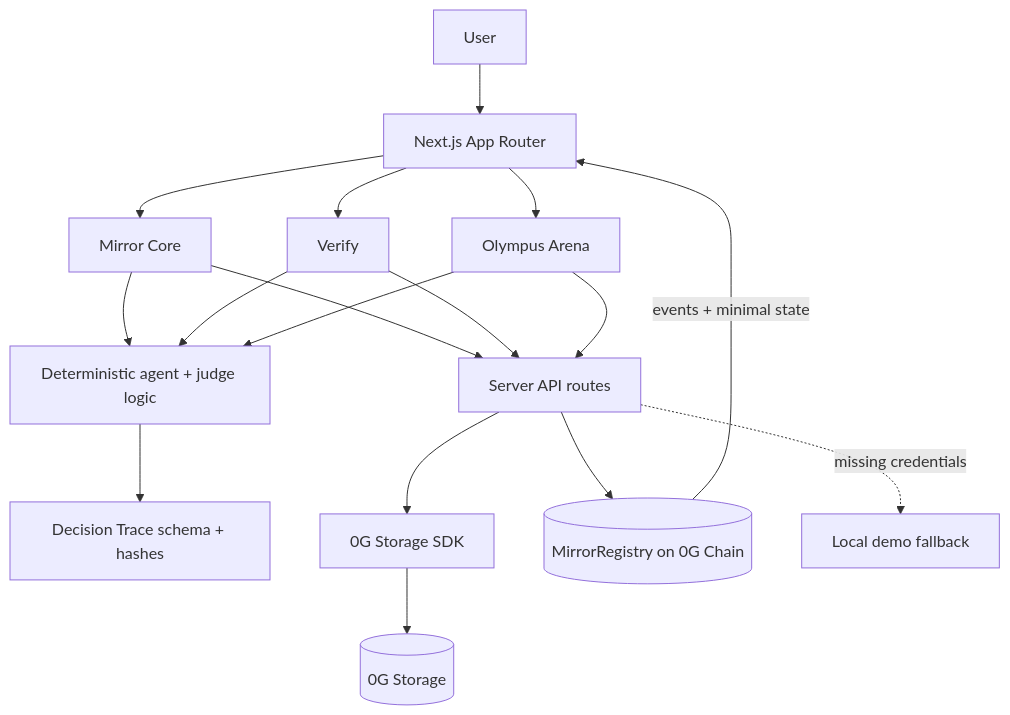
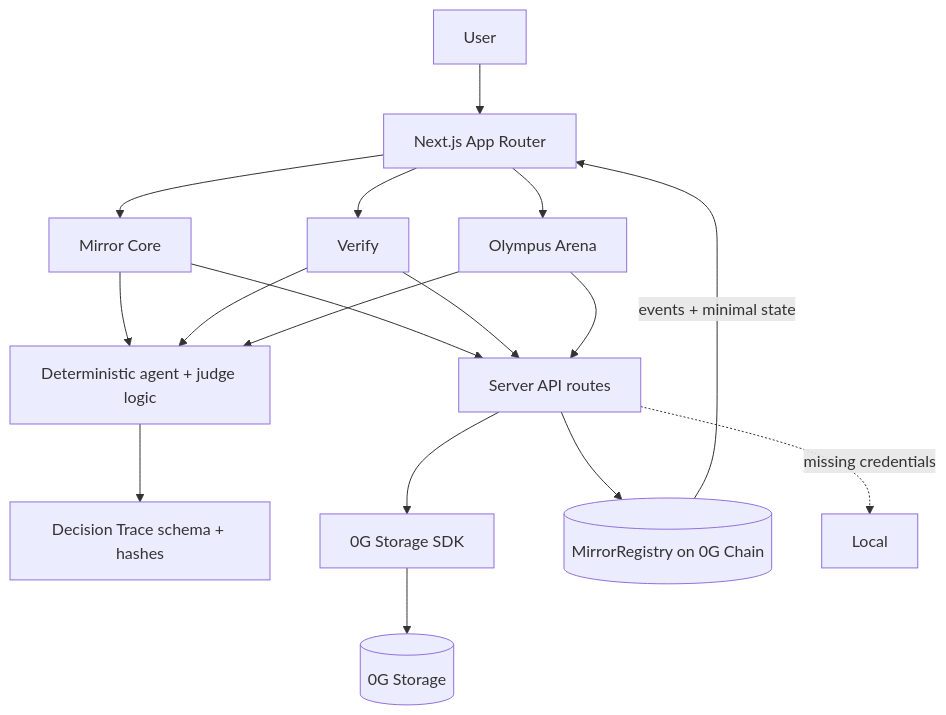
One commit to karagozemin/0g-Mirror changed the first of 2 diagrams in docs/ARCHITECTURE.md. Above: the diagram before and after it, drawn with Mermaid. The commit also changed other lines of this file and 18 other files, not shown here.

Commit message:
Remove local preview/fallback; enable wallet-native flows + RainbowKit integration

````diff
--- a/docs/ARCHITECTURE.md
+++ b/docs/ARCHITECTURE.md
@@ -35,31 +35,31 @@
 ```mermaid
 flowchart TD
   U[User]
   App[Next.js App Router]
   Core[Mirror Core]
   Verify[Verify]
   Arena[Olympus Arena]
   Trace[Decision Trace schema + hashes]
   API[Server API routes]
   Agent[Deterministic agent + judge logic]
   SDK[0G Storage SDK]
   Storage[(0G Storage)]
   Chain[(MirrorRegistry on 0G Chain)]
-  Local[Local demo fallback]
+  %% Local demo fallback removed in wallet-native design
 
   U --> App
   App --> Core
   App --> Verify
   App --> Arena
   Core --> Agent
   Verify --> Agent
   Arena --> Agent
   Agent --> Trace
   Core --> API
   Verify --> API
   Arena --> API
   API --> SDK --> Storage
   API --> Chain
   Chain -->|events + minimal state| App
   API -. missing credentials .-> Local
 ```
````
